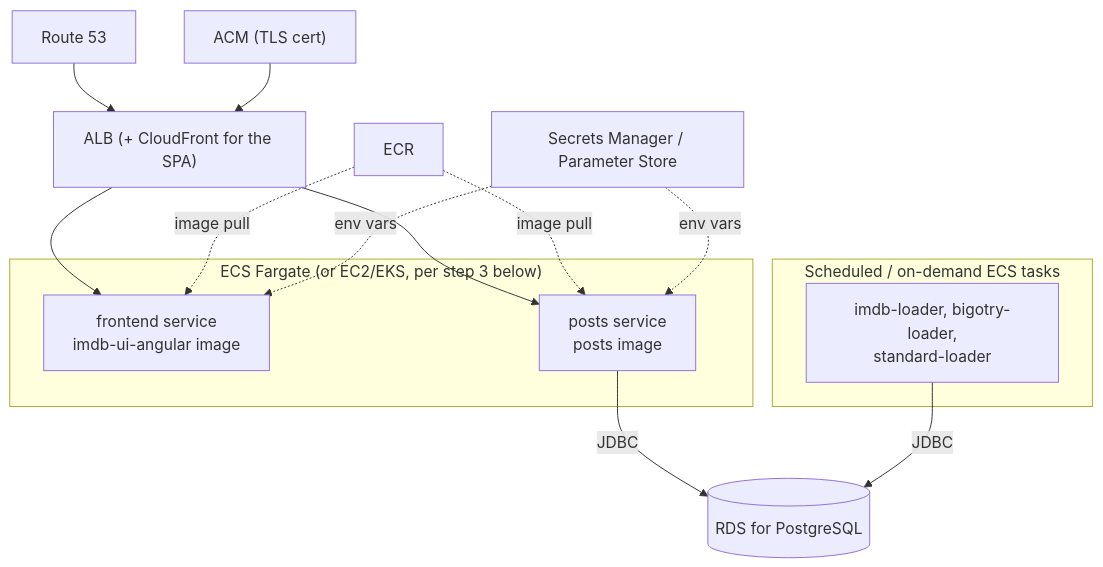
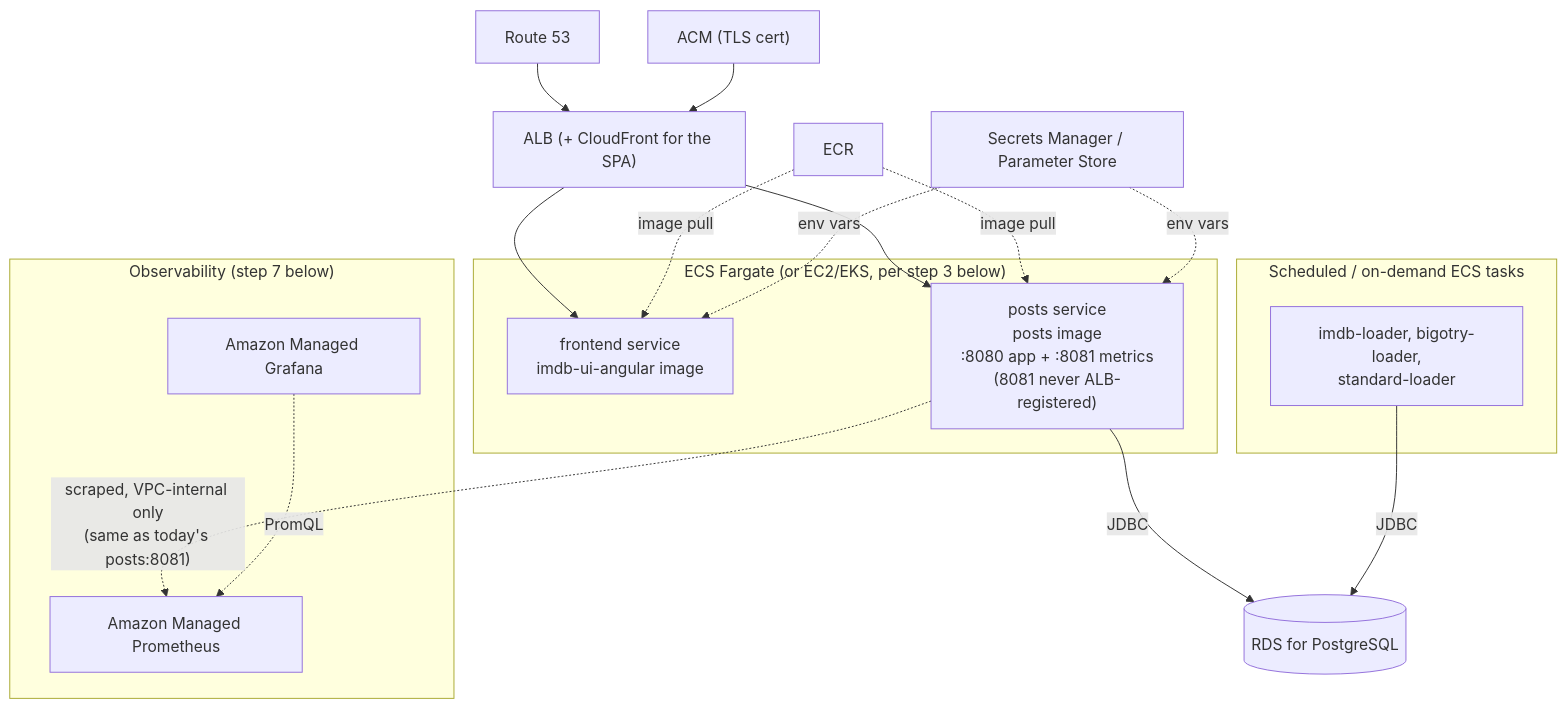
Before and after one commit to jmejorada1/my-fun-projects: the second of 2 diagrams in OVERALL-ARCHITECTURE.md, drawn with Mermaid. The commit also changed other lines of this file and 11 other files, not shown here.

````diff
--- a/OVERALL-ARCHITECTURE.md
+++ b/OVERALL-ARCHITECTURE.md
@@ -134,24 +139,31 @@
 ```mermaid
 flowchart TB
     R53["Route 53"] --> Edge["ALB (+ CloudFront for the SPA)"]
     ACM["ACM (TLS cert)"] --> Edge
 
     subgraph ECS["ECS Fargate (or EC2/EKS, per step 3 below)"]
         FE["frontend service\nimdb-ui-angular image"]
-        API["posts service\nposts image"]
+        API["posts service\nposts image\n:8080 app + :8081 metrics\n(8081 never ALB-registered)"]
     end
 
     Edge --> FE
     Edge --> API
     API -->|JDBC| RDS[("RDS for PostgreSQL")]
 
     subgraph Batch["Scheduled / on-demand ECS tasks"]
         Jobs["imdb-loader, bigotry-loader,\nstandard-loader"]
     end
     Jobs -->|JDBC| RDS
 
+    subgraph Obs["Observability (step 7 below)"]
+        AMP["Amazon Managed Prometheus"]
+        AMG["Amazon Managed Grafana"]
+    end
+    API -.->|"scraped, VPC-internal only\n(same as today's posts:8081)"| AMP
+    AMG -.->|PromQL| AMP
+
     ECR["ECR"] -.->|image pull| FE
     ECR -.->|image pull| API
     SM["Secrets Manager / Parameter Store"] -.->|env vars| FE
     SM -.->|env vars| API
 ```
````
